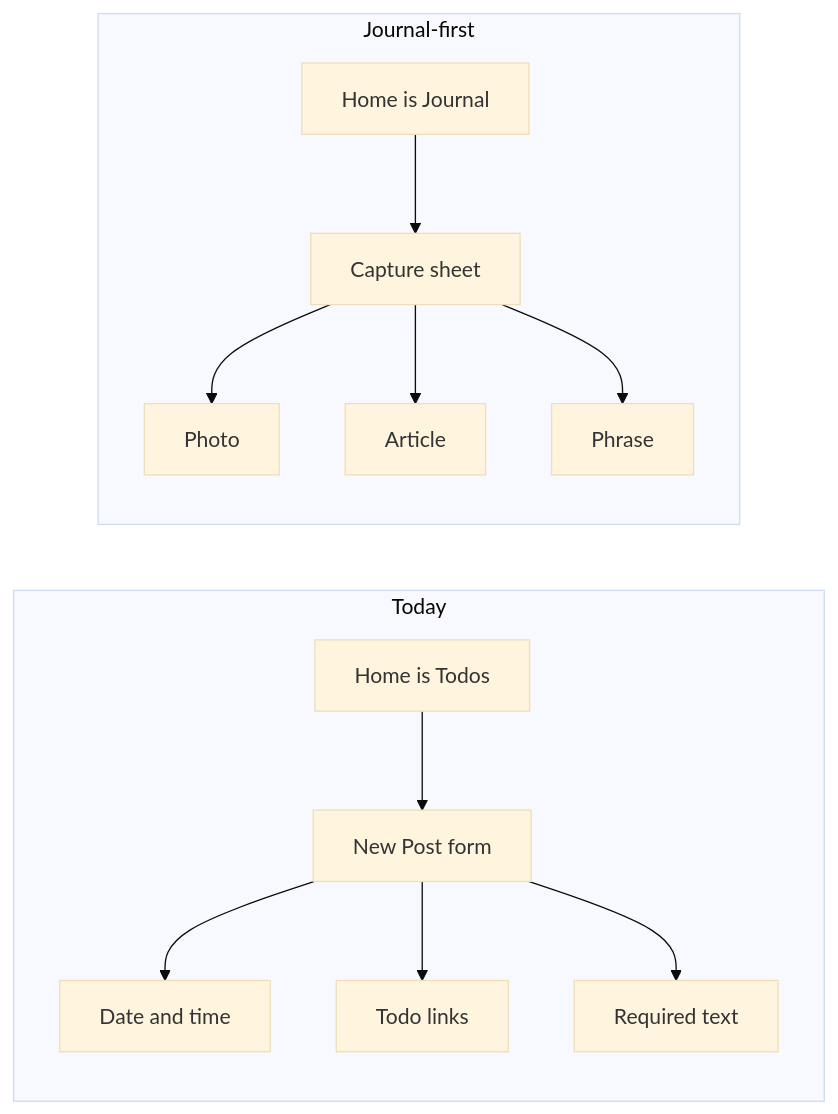
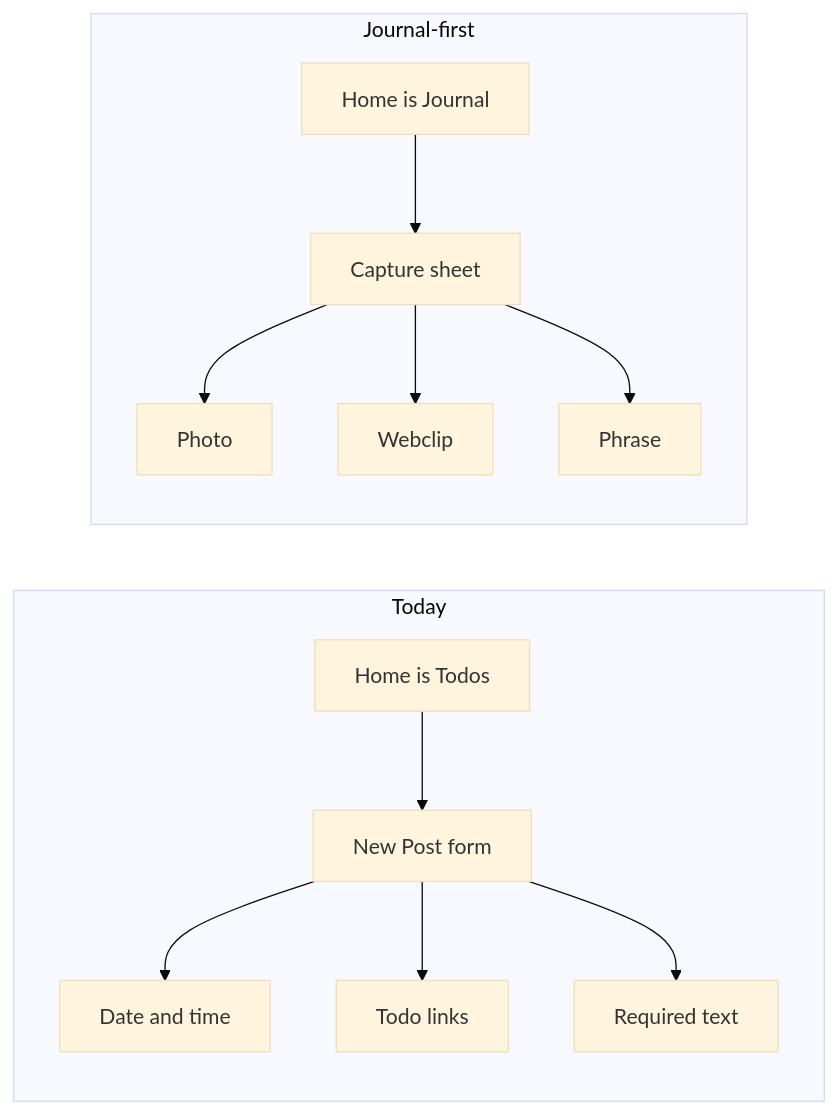
Before and after one commit to yoshixi/techoo: the first of 4 diagrams in agents/plans/2026-09-20-techoo-journal-reconsider.md, drawn with Mermaid (base theme). The commit also changed other lines of this file and 4 other files, not shown here.

First line of the commit message:
Rename Article to Webclip and scrape-save the page.

````diff
--- a/agents/plans/2026-09-20-techoo-journal-reconsider.md
+++ b/agents/plans/2026-09-20-techoo-journal-reconsider.md
@@ -52,21 +52,21 @@
 ```mermaid
 flowchart LR
     subgraph todayApp ["Today"]
         direction TB
         tHome[Home is Todos]
         tForm[New Post form]
         tHome --> tForm
         tForm --> tDate[Date and time]
         tForm --> tTodo[Todo links]
         tForm --> tBody[Required text]
     end
     subgraph nextApp ["Journal-first"]
         direction TB
         jHome[Home is Journal]
         jPlus[Capture sheet]
         jHome --> jPlus
         jPlus --> jPhoto[Photo]
-        jPlus --> jArticle[Article]
+        jPlus --> jClip[Webclip]
         jPlus --> jPhrase[Phrase]
     end
 ```
````
